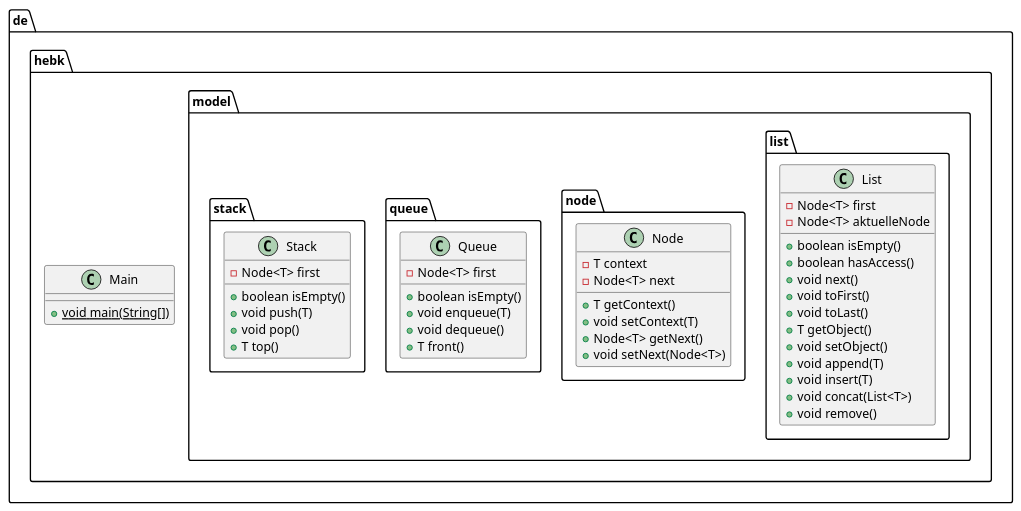
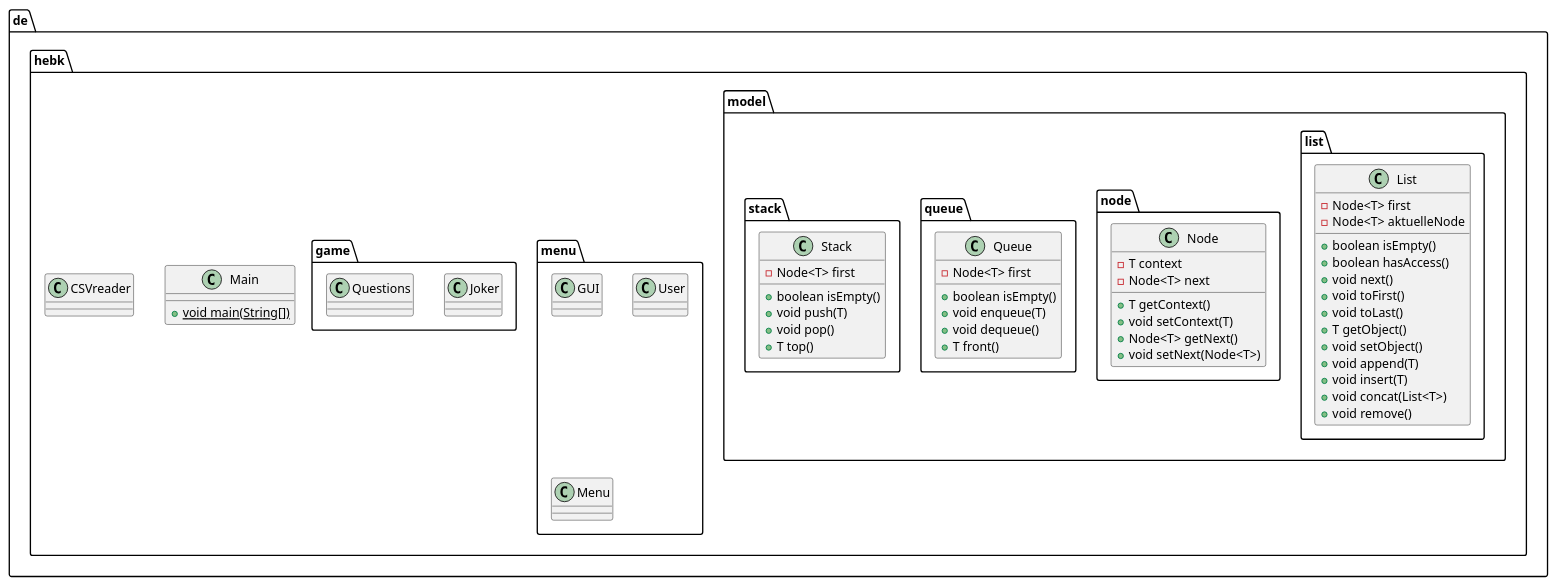
One commit to HEBK-BGM/dynamische-Datenstrukturen-Team-3 changed the diagram in doku/lastenheft/Diagramme/Klassendiagramm.puml. Above: the diagram before and after it, drawn with PlantUML.

Commit message:
[add] Klassendiagramm.puml Klassen erstellt

```diff
--- a/doku/lastenheft/Diagramme/Klassendiagramm.puml
+++ b/doku/lastenheft/Diagramme/Klassendiagramm.puml
@@ -1,70 +1,95 @@
 @startuml
 'https://plantuml.com/class-diagram
 /'
 abstract class AbstractList
 abstract AbstractCollection
 interface List
 interface Collection
 
 List <|-- AbstractList
 Collection <|-- AbstractCollection
 
 Collection <|- List
 AbstractCollection <|- AbstractList
 AbstractList <|-- ArrayList
 
 class ArrayList {
 Object[] elementData
 size()
 }
 
 enum TimeUnit {
 DAYS
 HOURS
 MINUTES
 }
 '/
 
 class de.hebk.model.list.List {
 - Node<T> first
 - Node<T> aktuelleNode
 + boolean isEmpty()
 + boolean hasAccess()
 + void next()
 + void toFirst()
 + void toLast()
 + T getObject()
 + void setObject()
 + void append(T)
 + void insert(T)
 + void concat(List<T>)
 + void remove()
 }
 
 class de.hebk.model.node.Node {
 - T context
 - Node<T> next
 + T getContext()
 + void setContext(T)
 + Node<T> getNext()
 + void setNext(Node<T>)
 }
 
 class de.hebk.model.queue.Queue {
 - Node<T> first
 + boolean isEmpty()
 + void enqueue(T)
 + void dequeue()
 + T front()
 }
 class de.hebk.model.stack.Stack {
 - Node<T> first
 + boolean isEmpty()
 + void push(T)
 + void pop()
 + T top()
 }
 class de.hebk.Main {
 + {static} void main(String[])
 }
+
+class de.hebk.menu.GUI{
+
+}
+
+class de.hebk.game.Joker{
+
+}
+
+class de.hebk.game.Questions{
+
+}
+
+class de.hebk.menu.User{
+
+}
+
+class de.hebk.CSVreader{
+
+}
+
+class de.hebk.menu.Menu{
+
+}
+
 @enduml
```
